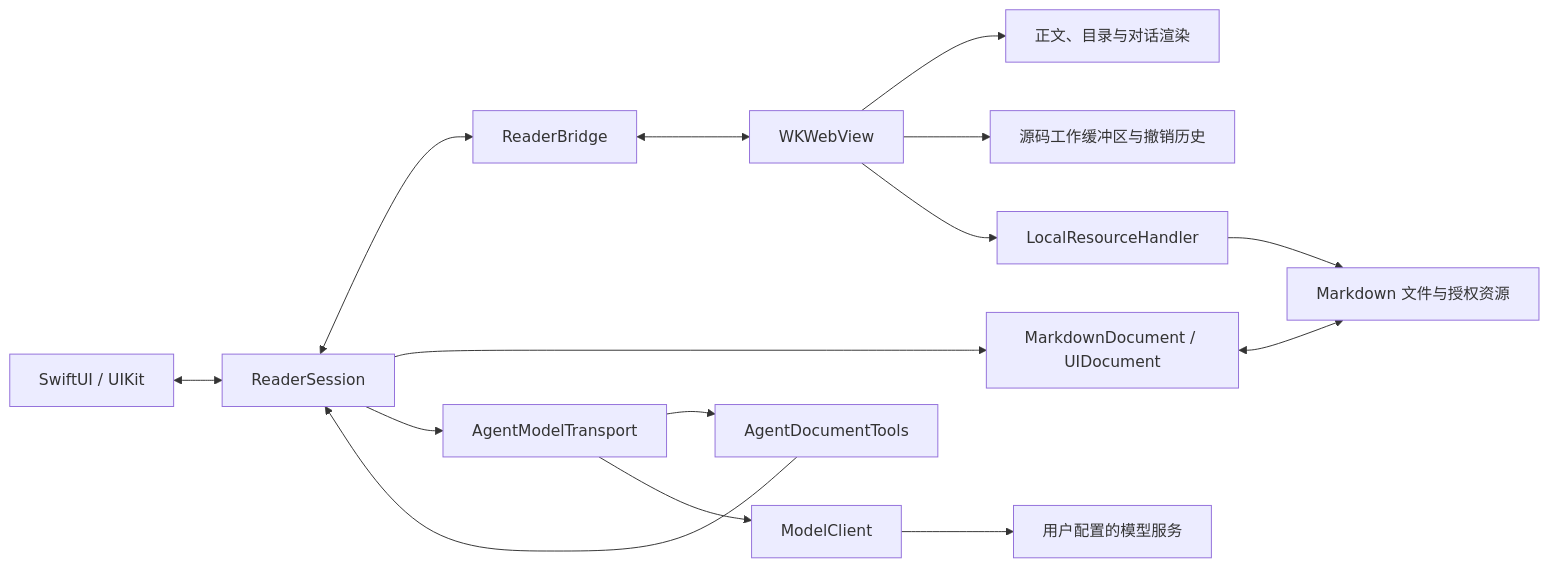
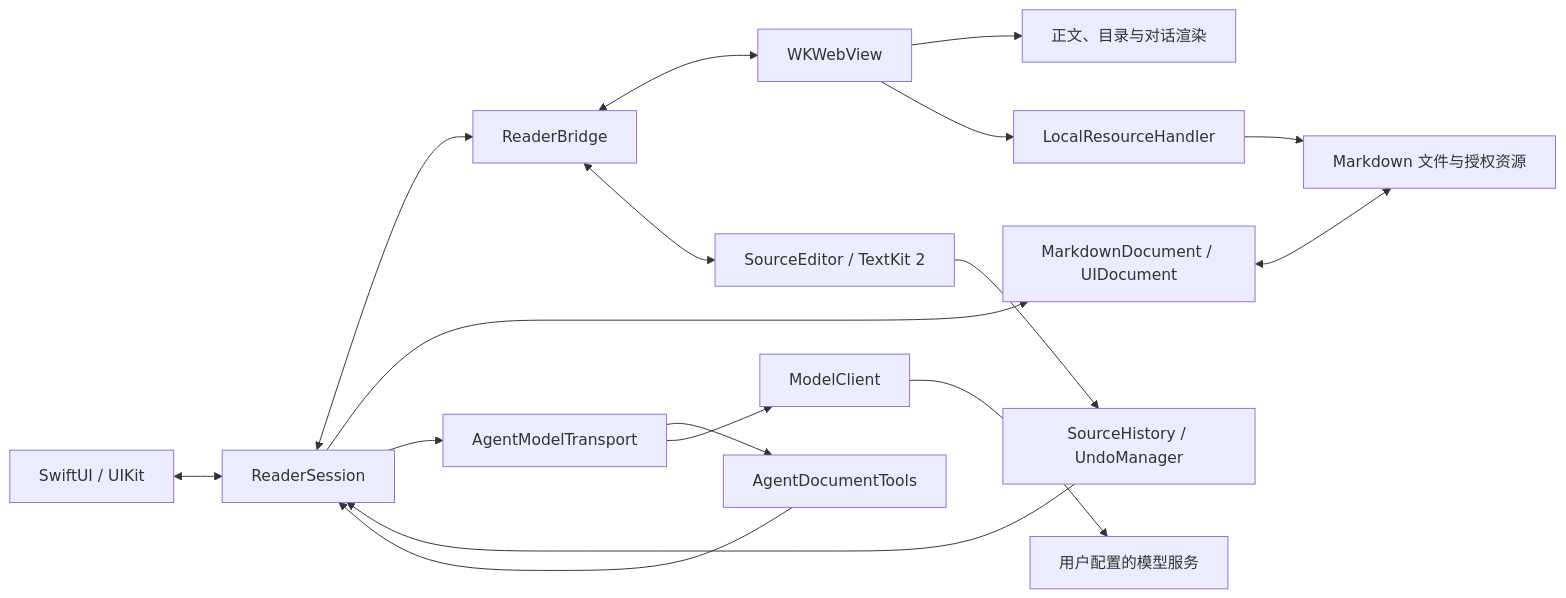
One commit to lichenxicatapple-blip/JustMarkdown changed the diagram in docs/native-architecture.md. Above: the diagram before and after it, drawn with Mermaid. The commit also changed other lines of this file and 32 other files, not shown here.

Commit message:
Replace Web source editing with native TextKit 2

````diff
--- a/docs/native-architecture.md
+++ b/docs/native-architecture.md
@@ -9,17 +9,19 @@
 ```mermaid
 flowchart LR
     UI[SwiftUI / UIKit] <--> Session[ReaderSession]
     Session <--> Bridge[ReaderBridge]
     Bridge <--> Web[WKWebView]
     Web --> Rendering[正文、目录与对话渲染]
-    Web --> History[源码工作缓冲区与撤销历史]
+    Bridge <--> Editor[SourceEditor / TextKit 2]
+    Editor --> History[SourceHistory / UndoManager]
+    History --> Session
     Session --> Document[MarkdownDocument / UIDocument]
     Document <--> Files[Markdown 文件与授权资源]
     Web --> Resources[LocalResourceHandler]
     Resources --> Files
     Session --> Agent[AgentModelTransport]
     Agent --> Tools[AgentDocumentTools]
     Tools --> Session
     Agent --> Client[ModelClient]
     Client --> Provider[用户配置的模型服务]
 ```
````
